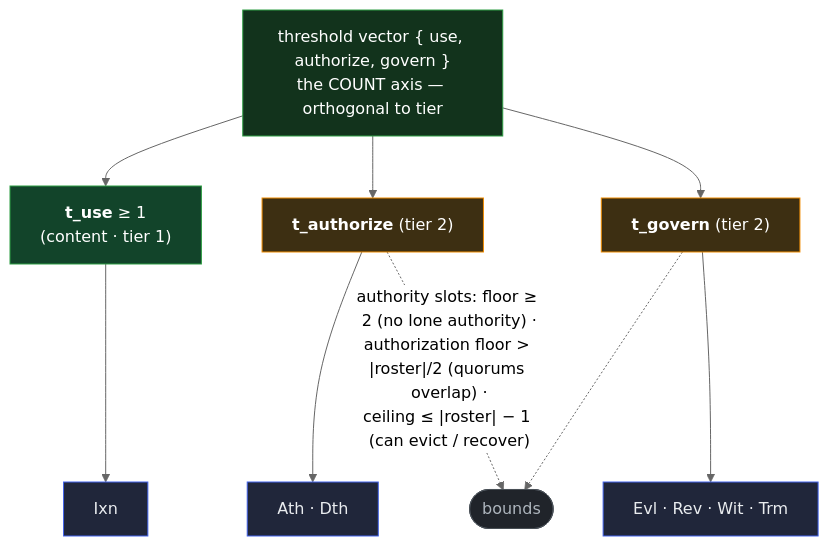
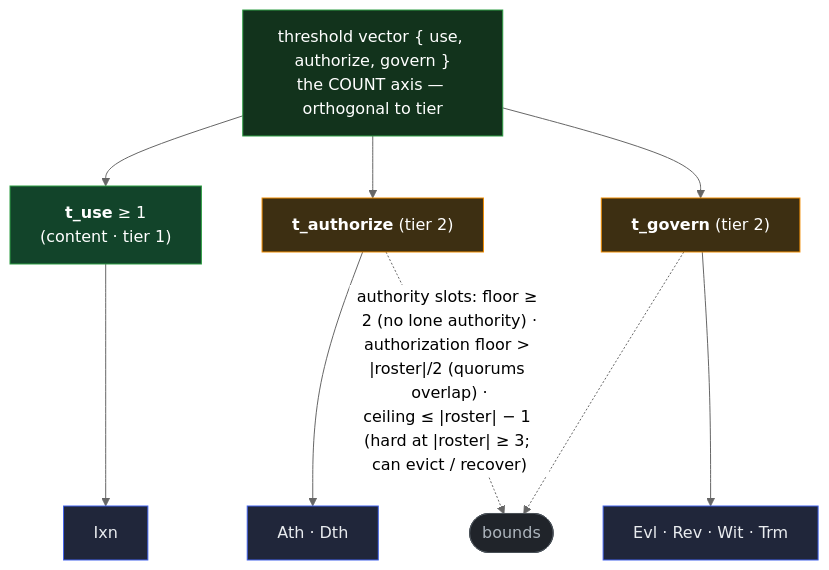
The first of 3 diagrams in docs/design/primitives/data/event-logs/iel/events.md (jasoncolburne/vdti), drawn with Mermaid (neutral theme) before and after one commit. The commit also changed other lines of this file and 5 other files, not shown here.

````diff
--- a/docs/design/primitives/data/event-logs/iel/events.md
+++ b/docs/design/primitives/data/event-logs/iel/events.md
@@ -129,17 +129,17 @@
 ```mermaid
 flowchart TD
   tv["threshold vector { use, authorize, govern }<br/>the COUNT axis — orthogonal to tier"]:::iel
   tv --> tu["<b>t_use</b> ≥ 1<br/>(content · tier 1)"]:::good
   tv --> ta["<b>t_authorize</b> (tier 2)"]:::mid
   tv --> tg["<b>t_govern</b> (tier 2)"]:::mid
   tu --> ixn["Ixn"]:::fld
   ta --> ath["Ath · Dth"]:::fld
   tg --> gov["Evl · Rev · Wit · Trm"]:::fld
-  ta -.->|"authority slots: floor ≥ 2 (no lone authority) ·<br/>authorization floor > |roster|/2 (quorums overlap) ·<br/>ceiling ≤ |roster| − 1 (can evict / recover)"| bounds([bounds]):::note
+  ta -.->|"authority slots: floor ≥ 2 (no lone authority) ·<br/>authorization floor > |roster|/2 (quorums overlap) ·<br/>ceiling ≤ |roster| − 1 (hard at |roster| ≥ 3; can evict / recover)"| bounds([bounds]):::note
   tg -.-> bounds
   classDef iel fill:#12331c,stroke:#2f9e44,color:#fff
   classDef good fill:#12442a,stroke:#2f9e44,color:#fff
   classDef mid fill:#3d2f12,stroke:#f08c00,color:#fff
   classDef fld fill:#20263a,stroke:#4263eb,color:#e9ecef
   classDef note fill:#20242a,stroke:#495057,color:#adb5bd
 ```
````
